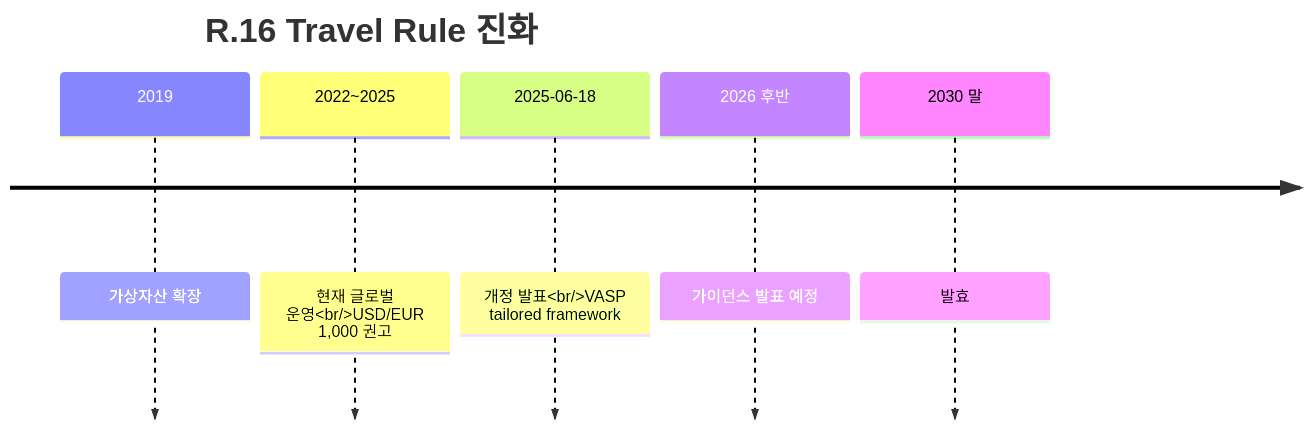
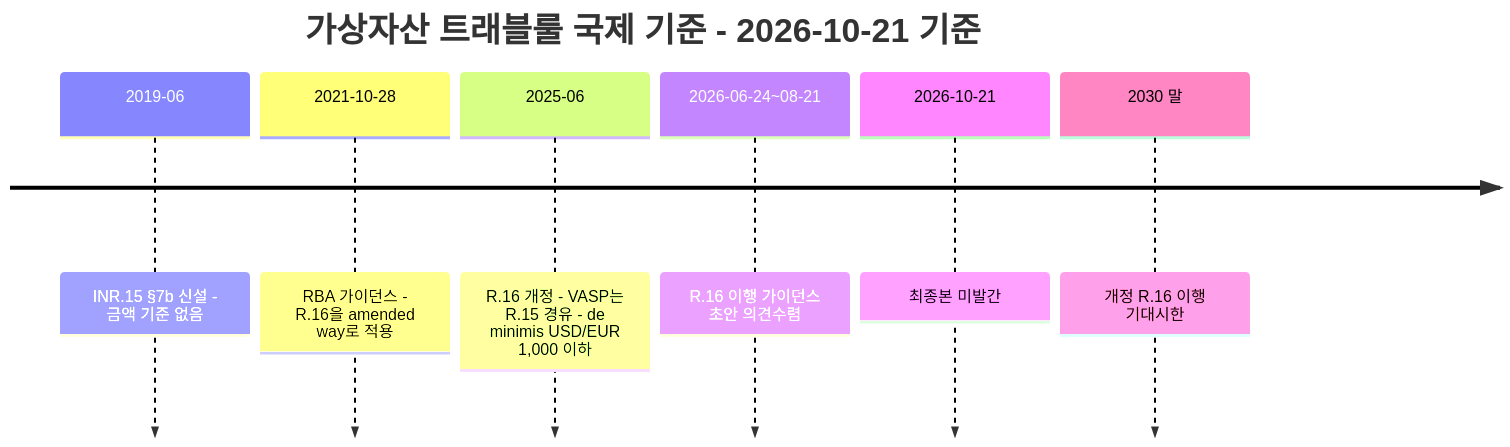
One commit to lala-david/aml-notes changed the first of 2 diagrams in curriculum/day_17.md. Above: the diagram before and after it, drawn with Mermaid. The commit also changed other lines of this file and 233 other files, not shown here.

````diff
--- a/curriculum/day_17.md
+++ b/curriculum/day_17.md
@@ -13,9 +13,10 @@
 ```mermaid
 timeline
-    title R.16 Travel Rule 진화
-    2019 : 가상자산 확장
-    2022~2025 : 현재 글로벌 운영<br/>USD/EUR 1,000 권고
-    2025-06-18 : 개정 발표<br/>VASP tailored framework
-    2026 후반 : 가이던스 발표 예정
-    2030 말 : 발효
+    title 가상자산 트래블룰 국제 기준 - 2026-10-21 기준
+    2019-06 : INR.15 §7b 신설 - 금액 기준 없음
+    2021-10-28 : RBA 가이던스 - R.16을 amended way로 적용
+    2025-06 : R.16 개정 - VASP는 R.15 경유 - de minimis USD/EUR 1,000 이하
+    2026-06-24~08-21 : R.16 이행 가이던스 초안 의견수렴
+    2026-10-21 : 최종본 미발간
+    2030 말 : 개정 R.16 이행 기대시한
 ```
````
